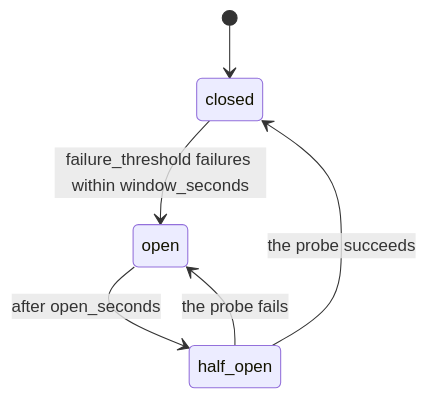
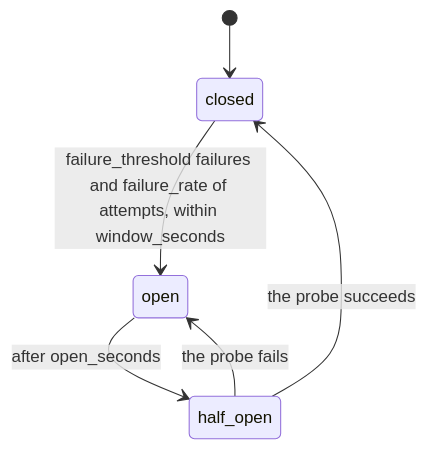
Before and after one commit to AndrewTtofi/llm-gateway: the diagram in docs/wiki/Routing-and-Reliability.md, drawn with Mermaid. The commit also changed other lines of this file and 41 other files, not shown here.

````diff
--- a/docs/wiki/Routing-and-Reliability.md
+++ b/docs/wiki/Routing-and-Reliability.md
@@ -81,8 +81,8 @@
 ```mermaid
 stateDiagram-v2
     [*] --> closed
-    closed --> open: failure_threshold failures within window_seconds
+    closed --> open: failure_threshold failures and failure_rate of attempts, within window_seconds
     open --> half_open: after open_seconds
     half_open --> closed: the probe succeeds
     half_open --> open: the probe fails
 ```
````
